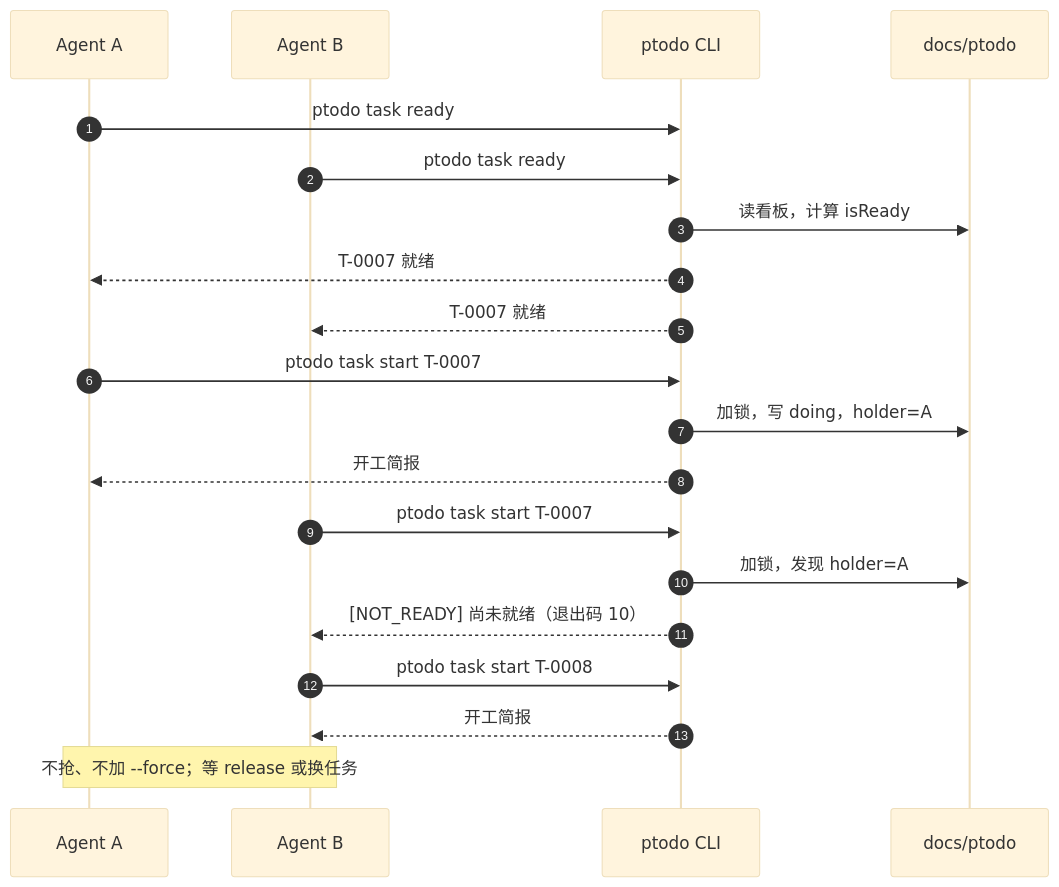
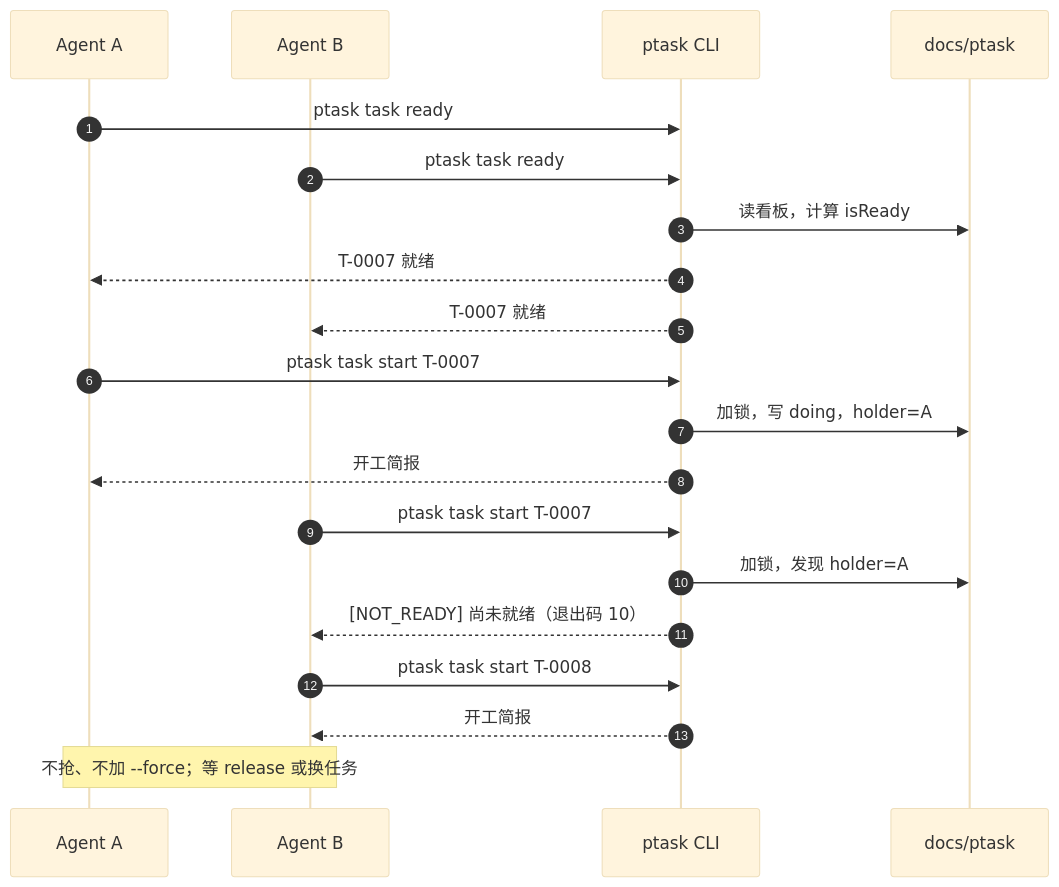
The fourth of 5 diagrams in docs/HELP.md (OptimisticGeek/dsh-project-todo), drawn with Mermaid (base theme) before and after one commit. The commit also changed other lines of this file and 93 other files, not shown here.

First line of the commit message:
refactor!: 更名为 dsh-project-task（ptask CLI、docs/ptask、project-task-board 技能）

````diff
--- a/docs/HELP.md
+++ b/docs/HELP.md
@@ -364,23 +364,23 @@
 ```mermaid
 sequenceDiagram
   autonumber
   participant A as Agent A
   participant B as Agent B
-  participant P as ptodo CLI
-  participant F as docs/ptodo
+  participant P as ptask CLI
+  participant F as docs/ptask
 
-  A->>P: ptodo task ready
-  B->>P: ptodo task ready
+  A->>P: ptask task ready
+  B->>P: ptask task ready
   P->>F: 读看板，计算 isReady
   P-->>A: T-0007 就绪
   P-->>B: T-0007 就绪
-  A->>P: ptodo task start T-0007
+  A->>P: ptask task start T-0007
   P->>F: 加锁，写 doing，holder=A
   P-->>A: 开工简报
-  B->>P: ptodo task start T-0007
+  B->>P: ptask task start T-0007
   P->>F: 加锁，发现 holder=A
   P-->>B: [NOT_READY] 尚未就绪（退出码 10）
-  B->>P: ptodo task start T-0008
+  B->>P: ptask task start T-0008
   P-->>B: 开工简报
   Note over A,B: 不抢、不加 --force；等 release 或换任务
 ```
````
